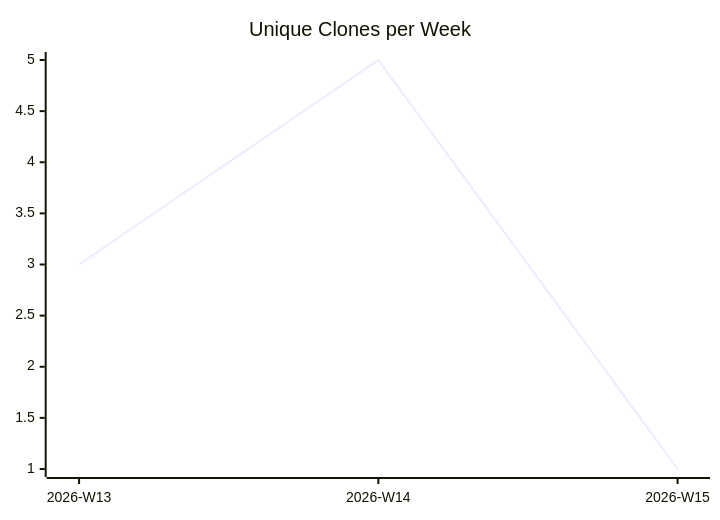
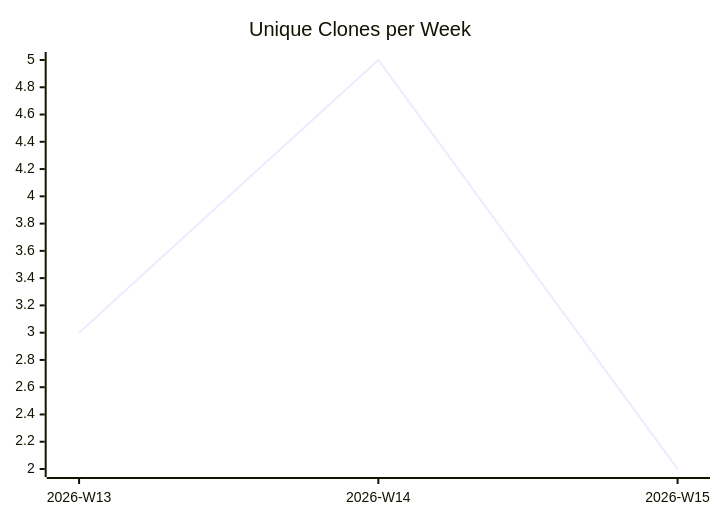
The third of 3 diagrams in karlmdavis/ansible-role-bind-dns/README.md (justdavis-family/github-analytics-data), drawn with Mermaid before and after one commit. The commit also changed other lines of this file and 191 other files, not shown here.

````diff
--- a/karlmdavis/ansible-role-bind-dns/README.md
+++ b/karlmdavis/ansible-role-bind-dns/README.md
@@ -19,6 +19,6 @@
 ```mermaid
 xychart-beta
   title "Unique Clones per Week"
   x-axis ["2026-W13", "2026-W14", "2026-W15"]
-  line [3, 5, 1]
+  line [3, 5, 2]
 ```
````
